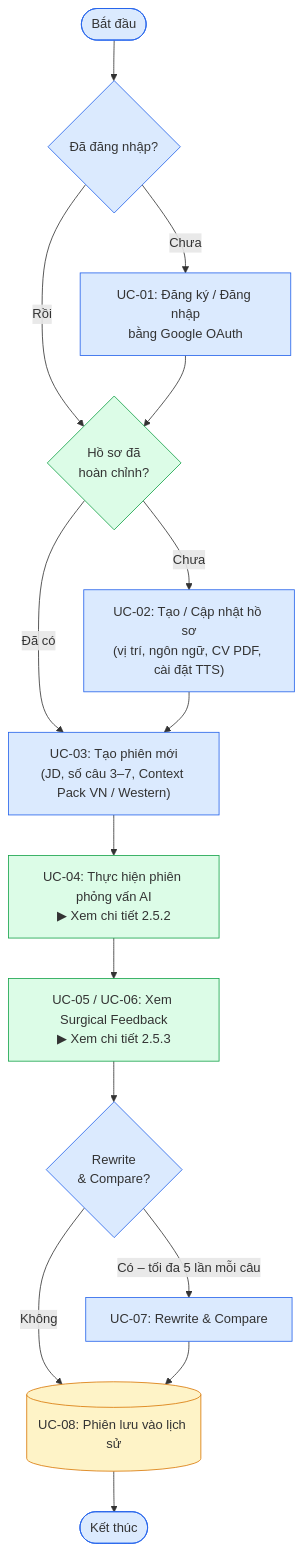
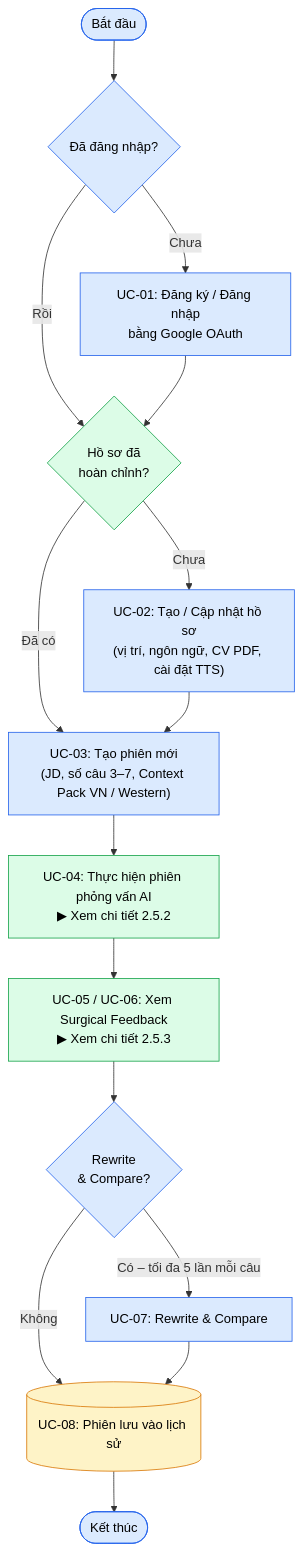
Before and after one commit to lethanhan01/interview-coach: the sixth of 8 diagrams in docs/SRS_InterviewAI_Full.md, drawn with Mermaid. The commit also changed other lines of this file and 2 other files, not shown here.

````diff
--- a/docs/SRS_InterviewAI_Full.md
+++ b/docs/SRS_InterviewAI_Full.md
@@ -467,22 +467,22 @@
 ```mermaid
 flowchart TD
-    classDef candidate fill:#dbeafe,stroke:#2563eb
-    classDef systemNode fill:#dcfce7,stroke:#16a34a
-    classDef aiNode   fill:#ede9fe,stroke:#7c3aed
-    classDef dbNode   fill:#fef3c7,stroke:#d97706
+    classDef candidate fill:#dbeafe,stroke:#2563eb,color:#000000
+    classDef systemNode fill:#dcfce7,stroke:#16a34a,color:#000000
+    classDef aiNode   fill:#ede9fe,stroke:#7c3aed,color:#000000
+    classDef dbNode   fill:#fef3c7,stroke:#d97706,color:#000000
 
     Start([Bắt đầu]):::candidate --> AuthCheck{Đã đăng nhập?}:::candidate
     AuthCheck -->|Chưa| UC01["UC-01: Đăng ký / Đăng nhập\nbằng Google OAuth"]:::candidate
     AuthCheck -->|Rồi| ProfileCheck
     UC01 --> ProfileCheck{Hồ sơ đã\nhoàn chỉnh?}:::systemNode
     ProfileCheck -->|Chưa| UC02["UC-02: Tạo / Cập nhật hồ sơ\n(vị trí, ngôn ngữ, CV PDF, cài đặt TTS)"]:::candidate
     ProfileCheck -->|Đã có| UC03["UC-03: Tạo phiên mới\n(JD, số câu 3–7, Context Pack VN / Western)"]:::candidate
     UC02 --> UC03
     UC03 --> UC04["UC-04: Thực hiện phiên phỏng vấn AI\n▶ Xem chi tiết 2.5.2"]:::systemNode
     UC04 --> UC0506["UC-05 / UC-06: Xem Surgical Feedback\n▶ Xem chi tiết 2.5.3"]:::systemNode
     UC0506 --> RWDecision{Rewrite\n& Compare?}:::candidate
     RWDecision -->|Có – tối đa 5 lần mỗi câu| UC07["UC-07: Rewrite & Compare"]:::candidate
     RWDecision -->|Không| SaveHist
     UC07 --> SaveHist[("UC-08: Phiên lưu vào lịch sử")]:::dbNode
     SaveHist --> End([Kết thúc]):::candidate
 ```
````
